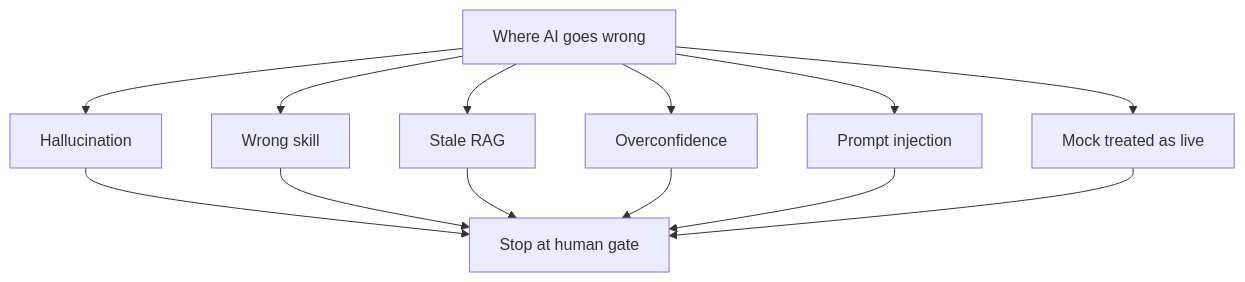
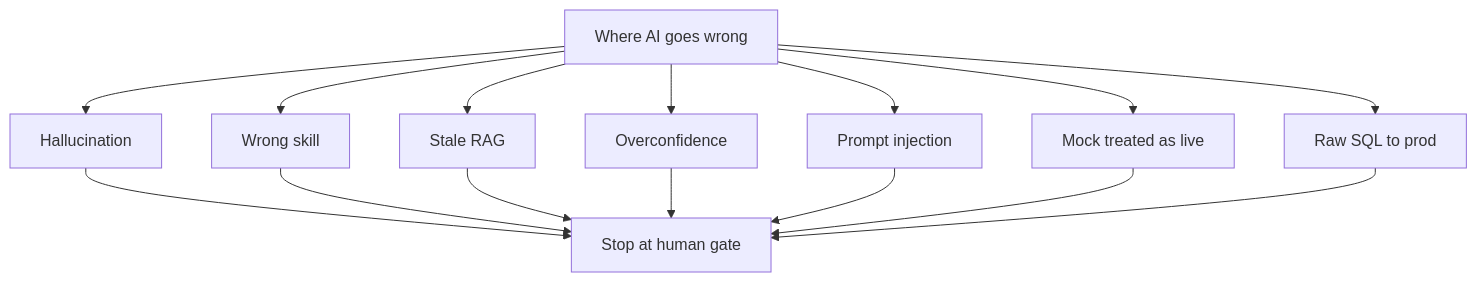
One commit to hxyan2020/PRD changed diagram 12 of 13 in platform/docs/AI_USE.md. Above: the diagram before and after it, drawn with Mermaid. The commit also changed other lines of this file and 26 other files, not shown here.

````diff
--- a/platform/docs/AI_USE.md
+++ b/platform/docs/AI_USE.md
@@ -289,15 +352,17 @@
 ```mermaid
 graph TD
   Bad[Where AI goes wrong] --> Hall[Hallucination]
   Bad --> Skill[Wrong skill]
   Bad --> Stale[Stale RAG]
   Bad --> Conf[Overconfidence]
   Bad --> Inj[Prompt injection]
   Bad --> Mock[Mock treated as live]
+  Bad --> Sql[Raw SQL to prod]
   Hall --> Gate[Stop at human gate]
   Skill --> Gate
   Stale --> Gate
   Conf --> Gate
   Inj --> Gate
   Mock --> Gate
+  Sql --> Gate
 ```
````
